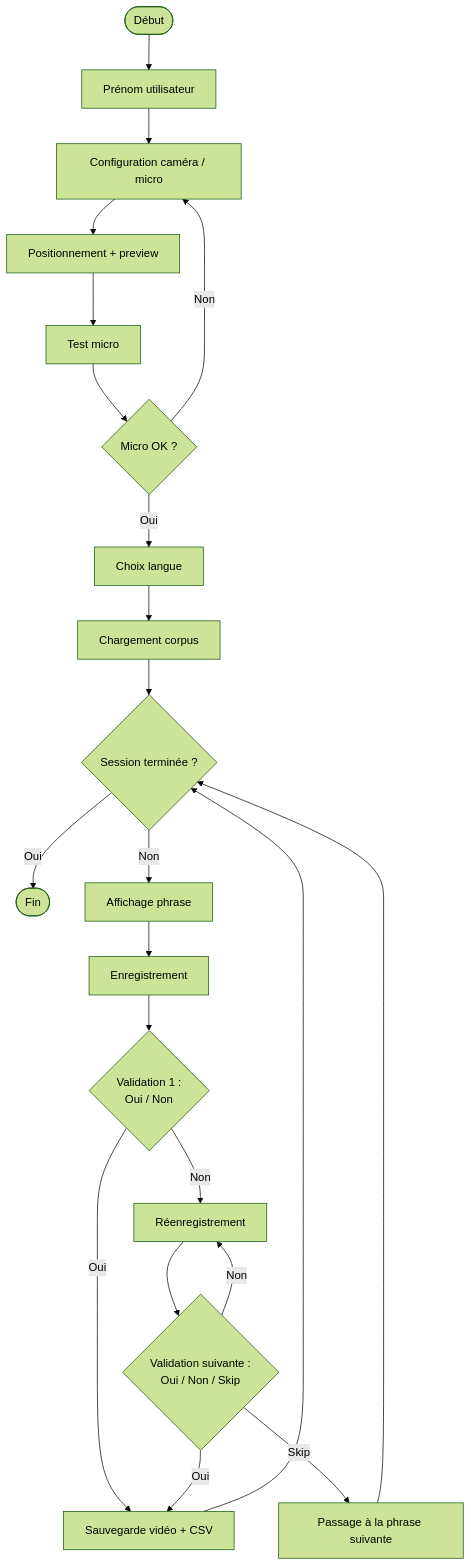
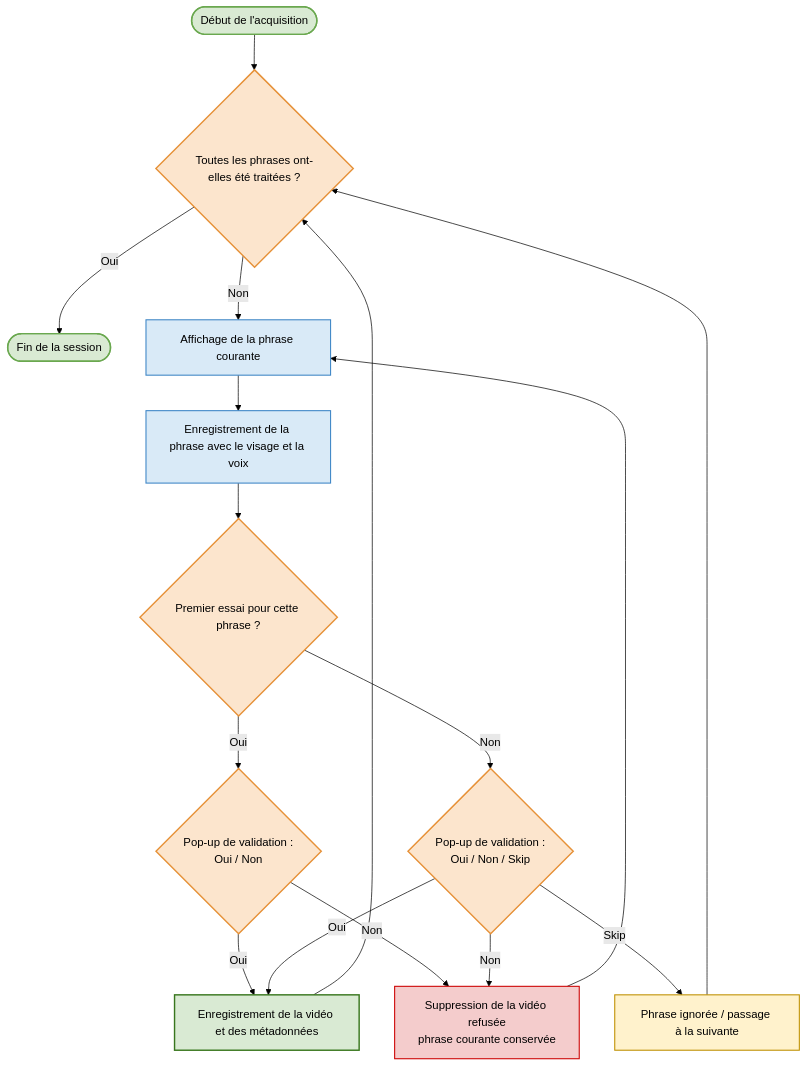
One commit to Yoan-Lespessailles/acquisition_donnees changed the second of 4 diagrams in acquisition_project/acquisition/README.md. Above: the diagram before and after it, drawn with Mermaid (forest theme). The commit also changed other lines of this file and 13 other files, not shown here.

````diff
--- a/acquisition_project/acquisition/README.md
+++ b/acquisition_project/acquisition/README.md
@@ -71,30 +99,39 @@
 ```mermaid
 flowchart TD
-    A([Début]) --> A1[Prénom utilisateur]
-    A1 --> B[Configuration caméra / micro]
-    B --> C[Positionnement + preview]
-    C --> D[Test micro]
+    A([Début de l'acquisition]) --> B{Toutes les phrases ont-elles été traitées ?}
 
-    D --> E{Micro OK ?}
-    E -- Non --> B
-    E -- Oui --> F[Choix langue]
-    F --> G[Chargement corpus]
+    B -- Oui --> Z([Fin de la session])
 
-    G --> H{Session terminée ?}
-    H -- Oui --> Z([Fin])
-    H -- Non --> I[Affichage phrase]
+    B -- Non --> C[Affichage de la phrase courante]
+    C --> D[Enregistrement de la phrase avec le visage et la voix]
 
-    I --> J[Enregistrement]
+    D --> E{Premier essai pour cette phrase ?}
 
-    J --> K{Validation 1 :<br/>Oui / Non}
-    K -- Oui --> L[Sauvegarde vidéo + CSV]
-    K -- Non --> M[Réenregistrement]
+    E -- Oui --> J{Pop-up de validation :<br/>Oui / Non}
+    E -- Non --> H{Pop-up de validation :<br/>Oui / Non / Skip}
 
-    M --> N{Validation suivante :<br/>Oui / Non / Skip}
-    N -- Oui --> L
-    N -- Non --> M
-    N -- Skip --> O[Passage à la phrase suivante]
+    J -- Oui --> F[Enregistrement de la vidéo et des métadonnées]
+    F --> B
 
-    O --> H
-    L --> H
+    J -- Non --> G[Suppression de la vidéo refusée<br/>phrase courante conservée]
+    G --> C
+
+    H -- Oui --> F
+    H -- Non --> G
+    H -- Skip --> I[Phrase ignorée / passage à la suivante]
+    I --> B
+
+    classDef startend fill:#d9ead3,stroke:#6aa84f,stroke-width:2px,color:#000;
+    classDef process fill:#d9eaf7,stroke:#3d85c6,stroke-width:1.5px,color:#000;
+    classDef decision fill:#fce5cd,stroke:#e69138,stroke-width:2px,color:#000;
+    classDef save fill:#d9ead3,stroke:#38761d,stroke-width:2px,color:#000;
+    classDef retry fill:#f4cccc,stroke:#cc0000,stroke-width:1.5px,color:#000;
+    classDef skip fill:#fff2cc,stroke:#bf9000,stroke-width:1.5px,color:#000;
+
+    class A,Z startend;
+    class C,D process;
+    class B,E,J,H decision;
+    class F save;
+    class G retry;
+    class I skip;
 ```
````
